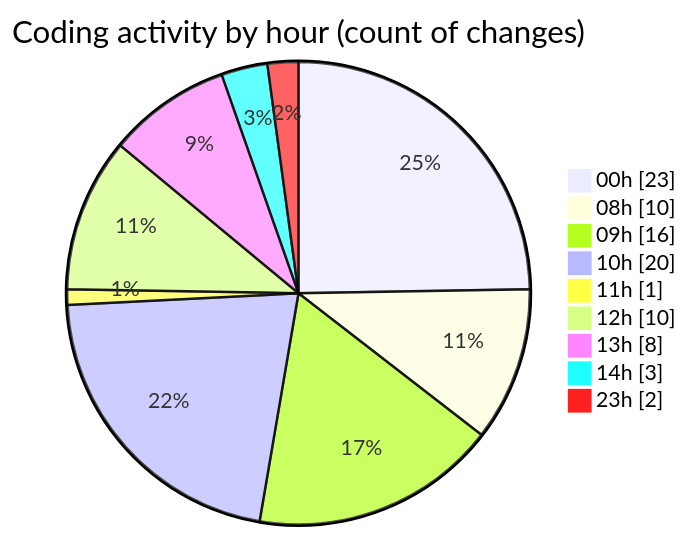
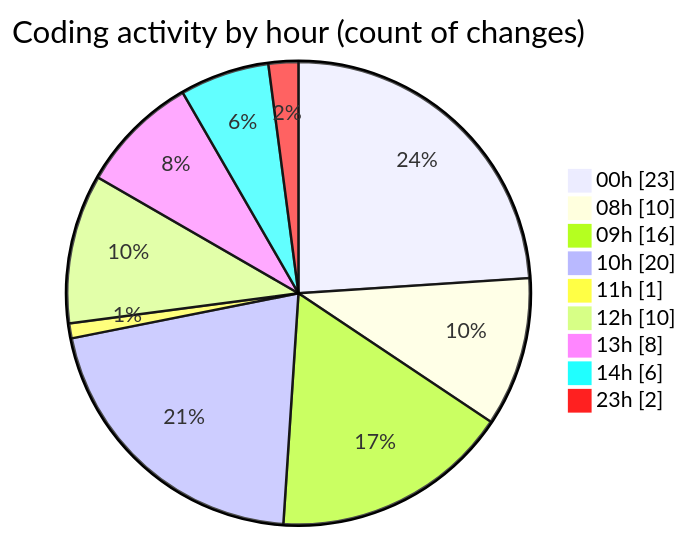
Before and after one commit to Elitesun/code-tracking: the second of 2 diagrams in 2025-05-29/advertise/README.md, drawn with Mermaid. The commit also changed other lines of this file and 1 other file, not shown here.

````diff
--- a/2025-05-29/advertise/README.md
+++ b/2025-05-29/advertise/README.md
@@ -38,13 +39,13 @@
 ```mermaid
 pie showData
 title Coding activity by hour (count of changes)
 "00h" : 23
 "08h" : 10
 "09h" : 16
 "10h" : 20
 "11h" : 1
 "12h" : 10
 "13h" : 8
-"14h" : 3
+"14h" : 6
 "23h" : 2
 ```
````
